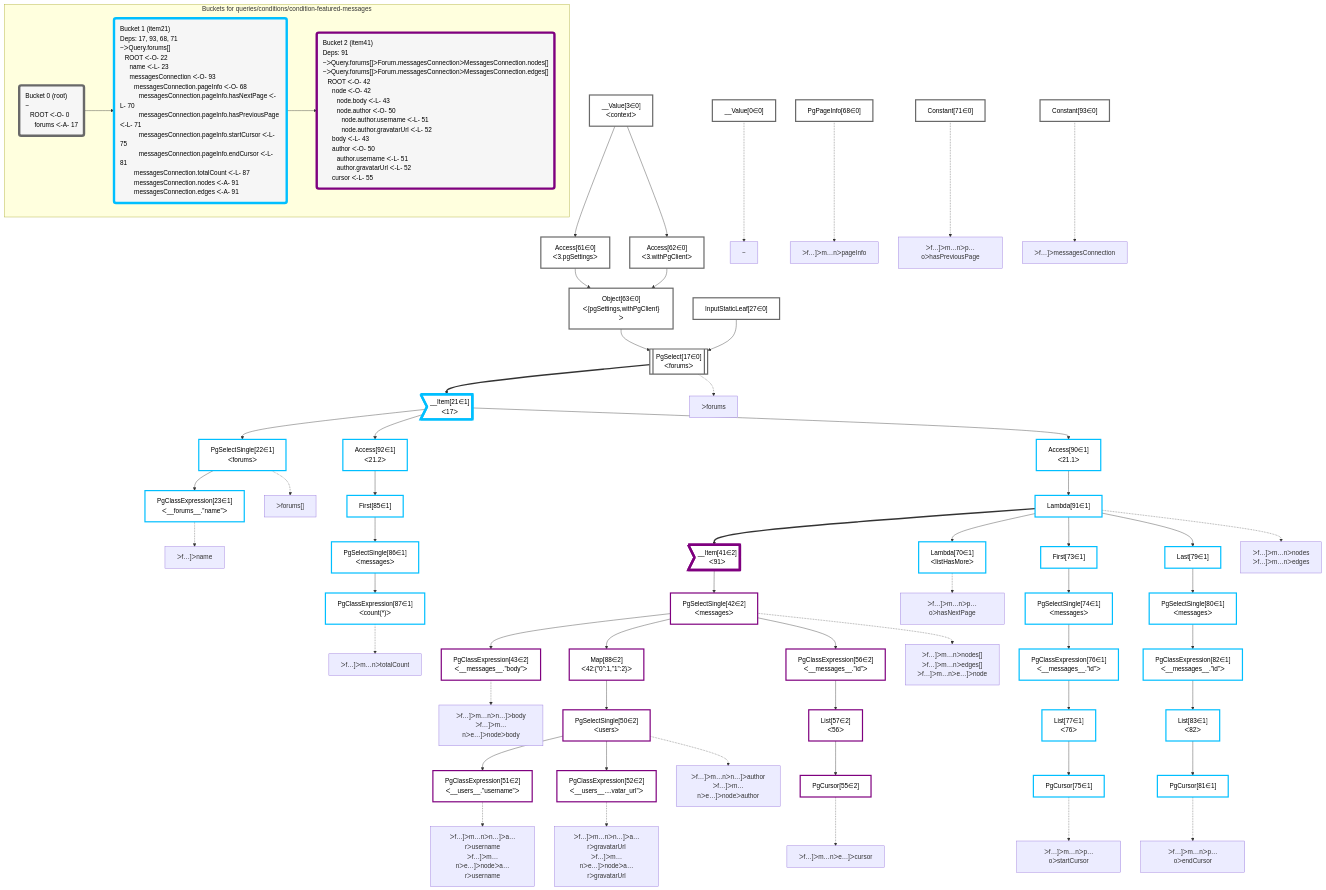
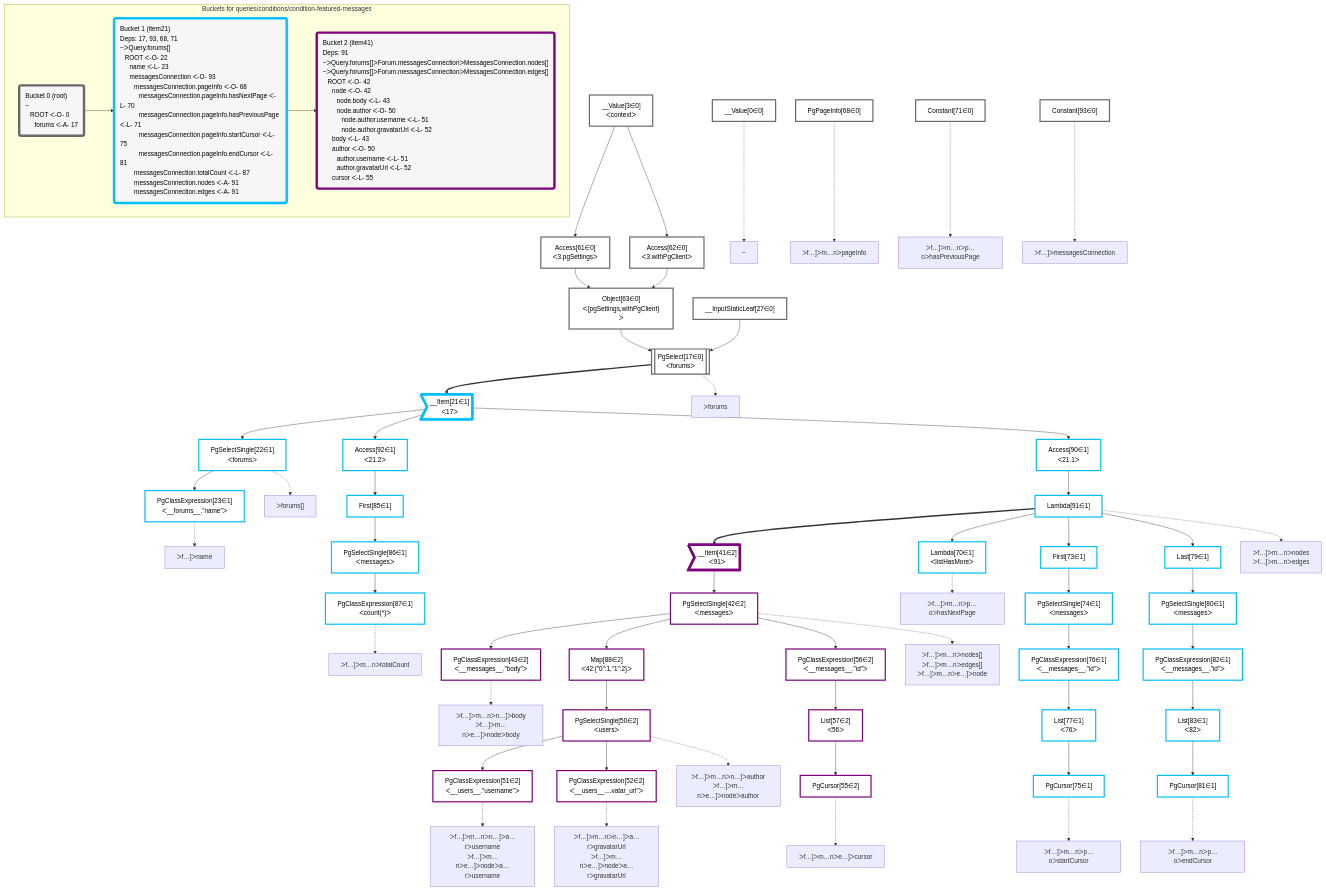
Before and after one commit to graphile/crystal: the diagram in packages/dataplan-pg/__tests__/queries/conditions/condition-featured-messages.mermaid.md, drawn with Mermaid. The commit also changed 79 other files, not shown here.

```diff
--- a/packages/dataplan-pg/__tests__/queries/conditions/condition-featured-messages.mermaid.md
+++ b/packages/dataplan-pg/__tests__/queries/conditions/condition-featured-messages.mermaid.md
@@ -44,7 +44,7 @@
     Access61["Access[61∈0]<br />ᐸ3.pgSettingsᐳ"]:::plan
     Access62["Access[62∈0]<br />ᐸ3.withPgClientᐳ"]:::plan
     __Value3["__Value[3∈0]<br />ᐸcontextᐳ"]:::plan
-    InputStaticLeaf27["InputStaticLeaf[27∈0]"]:::plan
+    __InputStaticLeaf27["__InputStaticLeaf[27∈0]"]:::plan
     Constant93["Constant[93∈0]"]:::plan
     PgPageInfo68["PgPageInfo[68∈0]"]:::plan
     Constant71["Constant[71∈0]"]:::plan
@@ -80,7 +80,7 @@
     Access90 --> Lambda91
     __Item21 --> Access90
     PgSelect17 ==> __Item21
-    Object63 & InputStaticLeaf27 --> PgSelect17
+    Object63 & __InputStaticLeaf27 --> PgSelect17
     Access61 & Access62 --> Object63
     __Value3 --> Access61
     __Value3 --> Access62
@@ -126,7 +126,7 @@
     subgraph "Buckets for queries/conditions/condition-featured-messages"
     Bucket0("Bucket 0 (root)<br />~<br />⠀ROOT ᐸ-O- 0<br />⠀⠀forums ᐸ-A- 17"):::bucket
     classDef bucket0 stroke:#696969
-    class Bucket0,__Value0,__Value3,PgSelect17,InputStaticLeaf27,Access61,Access62,Object63,PgPageInfo68,Constant71,Constant93 bucket0
+    class Bucket0,__Value0,__Value3,PgSelect17,__InputStaticLeaf27,Access61,Access62,Object63,PgPageInfo68,Constant71,Constant93 bucket0
     Bucket1("Bucket 1 (item21)<br />Deps: 17, 93, 68, 71<br />~ᐳQuery.forums[]<br />⠀ROOT ᐸ-O- 22<br />⠀⠀name ᐸ-L- 23<br />⠀⠀messagesConnection ᐸ-O- 93<br />⠀⠀⠀messagesConnection.pageInfo ᐸ-O- 68<br />⠀⠀⠀⠀messagesConnection.pageInfo.hasNextPage ᐸ-L- 70<br />⠀⠀⠀⠀messagesConnection.pageInfo.hasPreviousPage ᐸ-L- 71<br />⠀⠀⠀⠀messagesConnection.pageInfo.startCursor ᐸ-L- 75<br />⠀⠀⠀⠀messagesConnection.pageInfo.endCursor ᐸ-L- 81<br />⠀⠀⠀messagesConnection.totalCount ᐸ-L- 87<br />⠀⠀⠀messagesConnection.nodes ᐸ-A- 91<br />⠀⠀⠀messagesConnection.edges ᐸ-A- 91"):::bucket
     classDef bucket1 stroke:#00bfff
     class Bucket1,__Item21,PgSelectSingle22,PgClassExpression23,Lambda70,First73,PgSelectSingle74,PgCursor75,PgClassExpression76,List77,Last79,PgSelectSingle80,PgCursor81,PgClassExpression82,List83,First85,PgSelectSingle86,PgClassExpression87,Access90,Lambda91,Access92 bucket1
```
